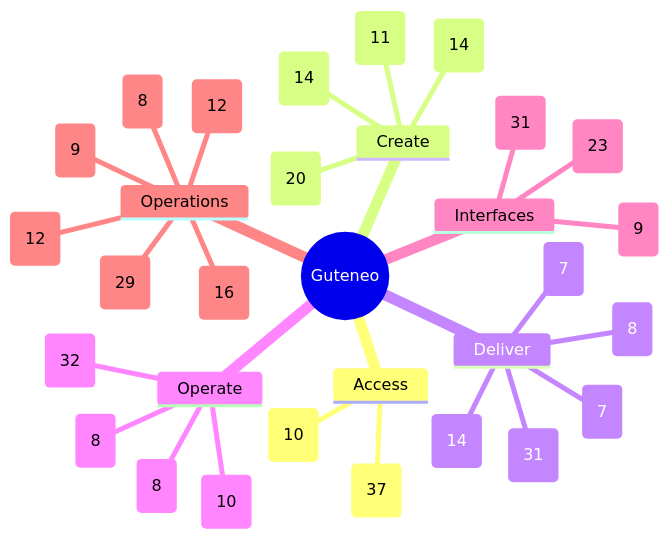
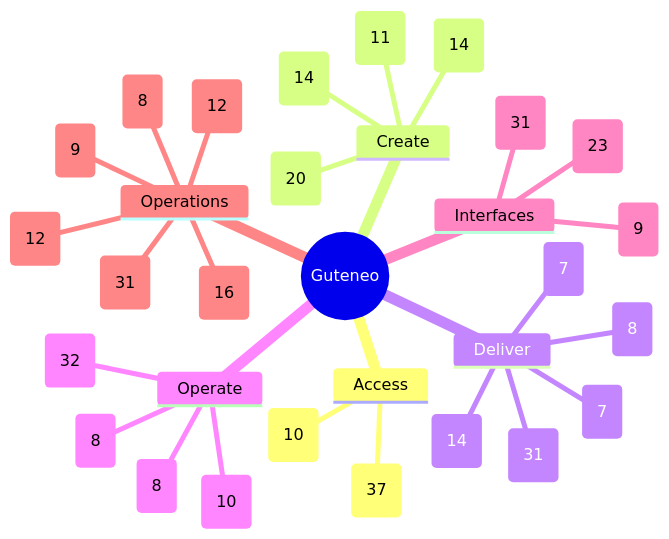
Before and after one commit to nclsppr/guteneo: the diagram in docs/FEATURE_MAP.md, drawn with Mermaid. The commit also changed other lines of this file and 20 other files, not shown here.

````diff
--- a/docs/FEATURE_MAP.md
+++ b/docs/FEATURE_MAP.md
@@ -13,34 +13,34 @@
 ```mermaid
 mindmap
   root((Guteneo))
     Access
       Access and identity (37)
       Team and responsibilities (10)
     Create
       Documents and protection (20)
       Template studio (14)
       Data and mappings (11)
       PDF generation and distribution (14)
     Deliver
       Fax (7)
       Postal mail (8)
       Email and protected links (14)
       Sensitive distribution and personal documents (31)
       Dispatch dry run (7)
     Operate
       Campaigns and tracking (8)
       Credits and billing (8)
       Workspace layout and browser appearance (32)
       PDF verification (10)
     Interfaces
       Assistants and API (31)
       iPhone and iPad (9)
       Public pages, languages and appearance (23)
     Operations
       Reviewer OAuth qualification (9)
-      Operations and reliability (29)
+      Operations and reliability (31)
       Belvédère platform oversight (12)
       Public service status (16)
       Engineering documentation (12)
       Codex Cloud development (8)
 ```
````
